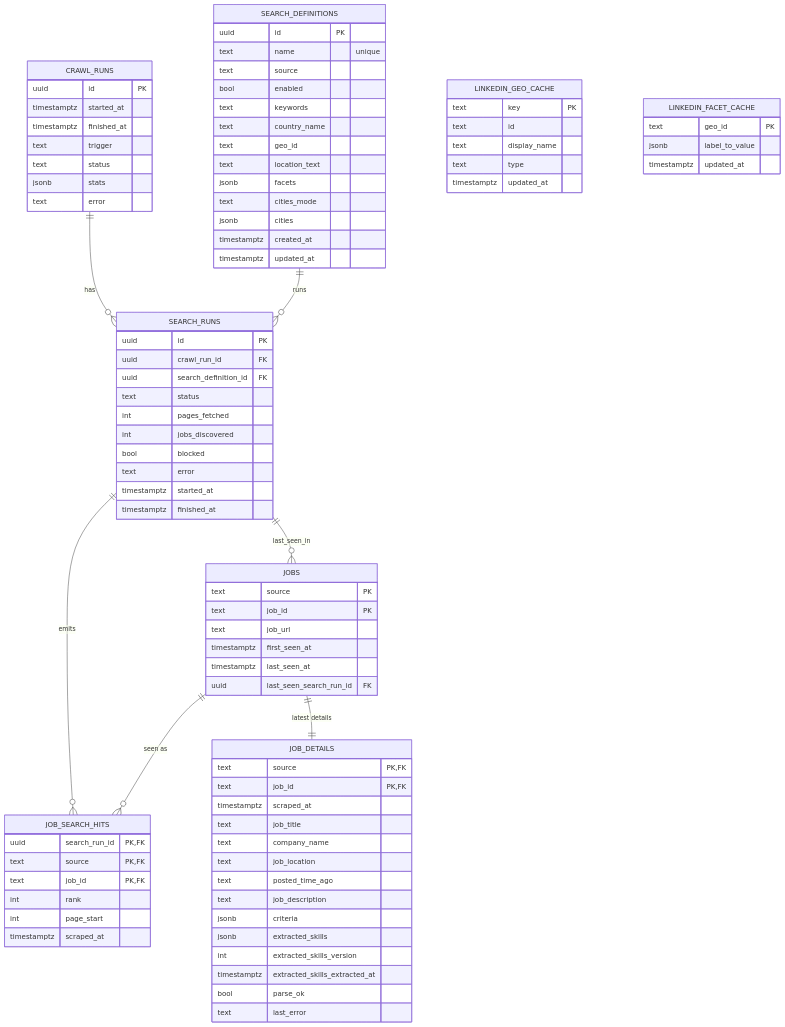
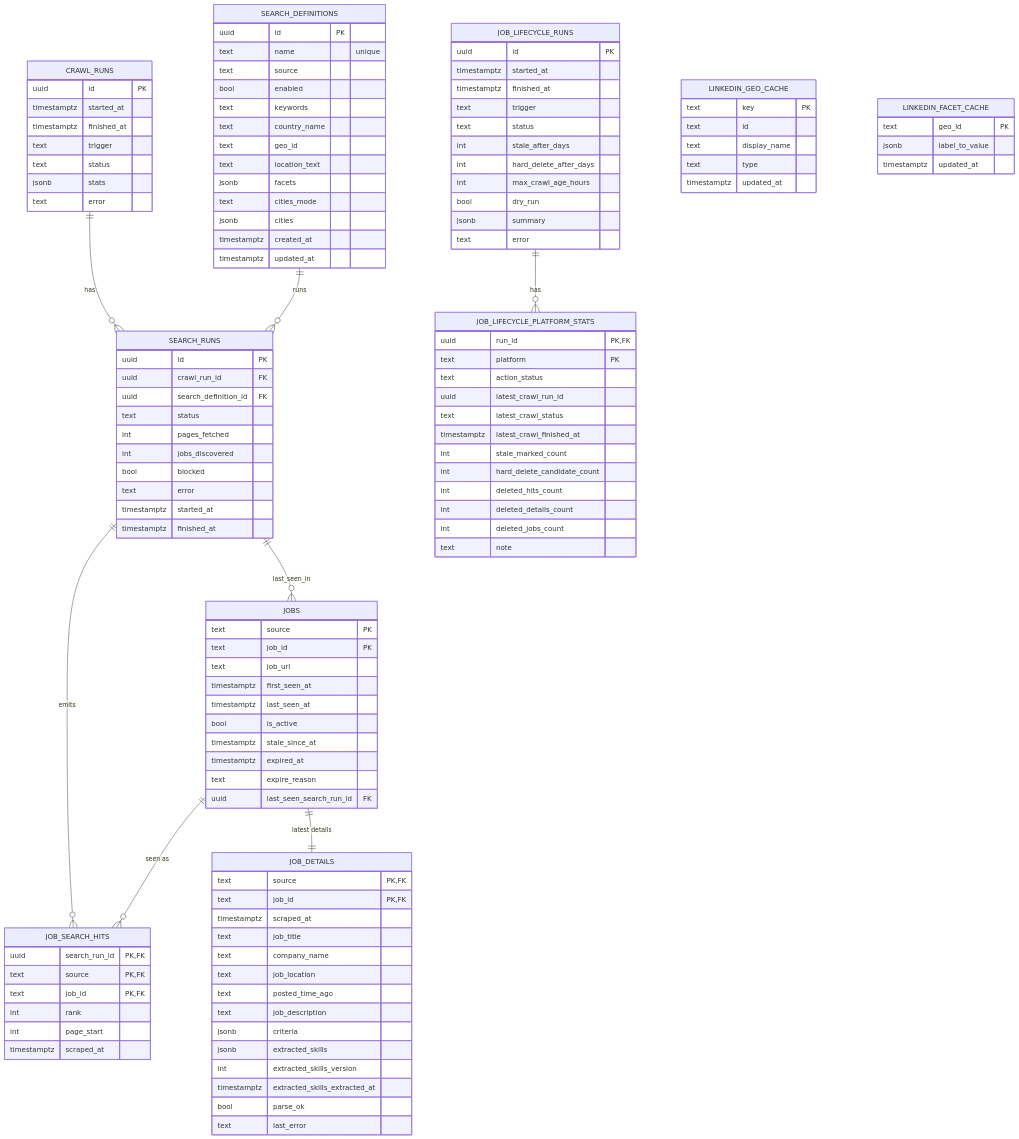
Before and after one commit to Fatih0234/job-seeking-web-scrape: the diagram in docs/DB_ERD_AND_FLOWS.md, drawn with Mermaid. The commit also changed other lines of this file and 32 other files, not shown here.

````diff
--- a/docs/DB_ERD_AND_FLOWS.md
+++ b/docs/DB_ERD_AND_FLOWS.md
@@ -54,7 +54,40 @@
     text job_url
     timestamptz first_seen_at
     timestamptz last_seen_at
+    bool is_active
+    timestamptz stale_since_at
+    timestamptz expired_at
+    text expire_reason
     uuid last_seen_search_run_id FK
+  }
+
+  JOB_LIFECYCLE_RUNS {
+    uuid id PK
+    timestamptz started_at
+    timestamptz finished_at
+    text trigger
+    text status
+    int stale_after_days
+    int hard_delete_after_days
+    int max_crawl_age_hours
+    bool dry_run
+    jsonb summary
+    text error
+  }
+
+  JOB_LIFECYCLE_PLATFORM_STATS {
+    uuid run_id PK,FK
+    text platform PK
+    text action_status
+    uuid latest_crawl_run_id
+    text latest_crawl_status
+    timestamptz latest_crawl_finished_at
+    int stale_marked_count
+    int hard_delete_candidate_count
+    int deleted_hits_count
+    int deleted_details_count
+    int deleted_jobs_count
+    text note
   }
 
   JOB_SEARCH_HITS {
@@ -103,4 +136,5 @@
   JOBS ||--o{ JOB_SEARCH_HITS : "seen as"
   JOBS ||--|| JOB_DETAILS : "latest details"
   SEARCH_RUNS ||--o{ JOBS : last_seen_in
+  JOB_LIFECYCLE_RUNS ||--o{ JOB_LIFECYCLE_PLATFORM_STATS : has
 ```
````
